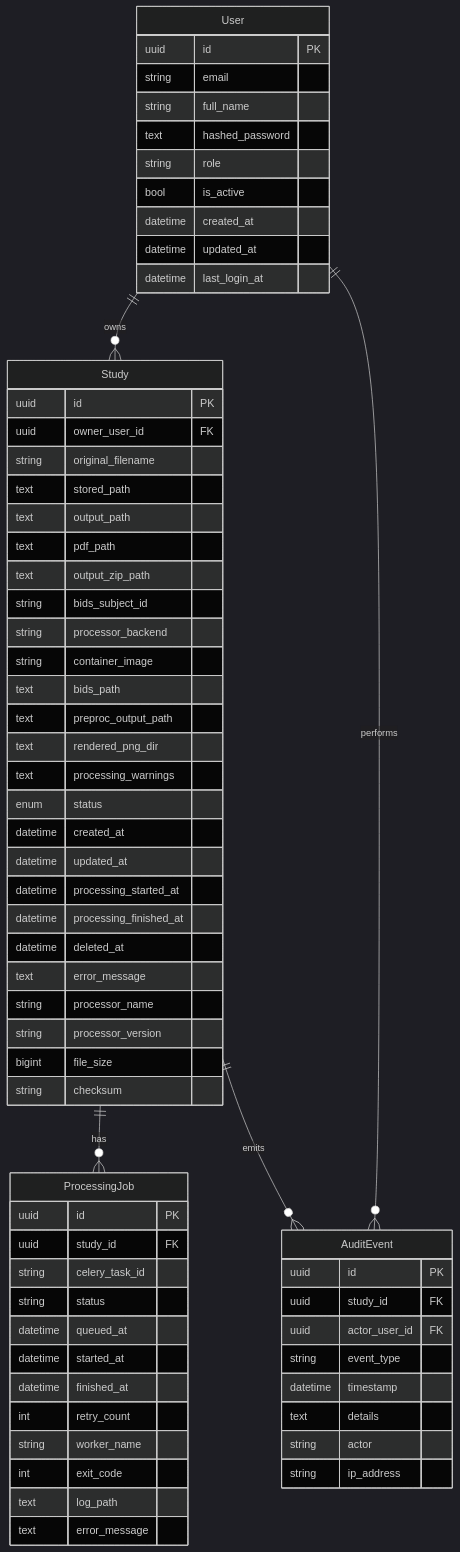
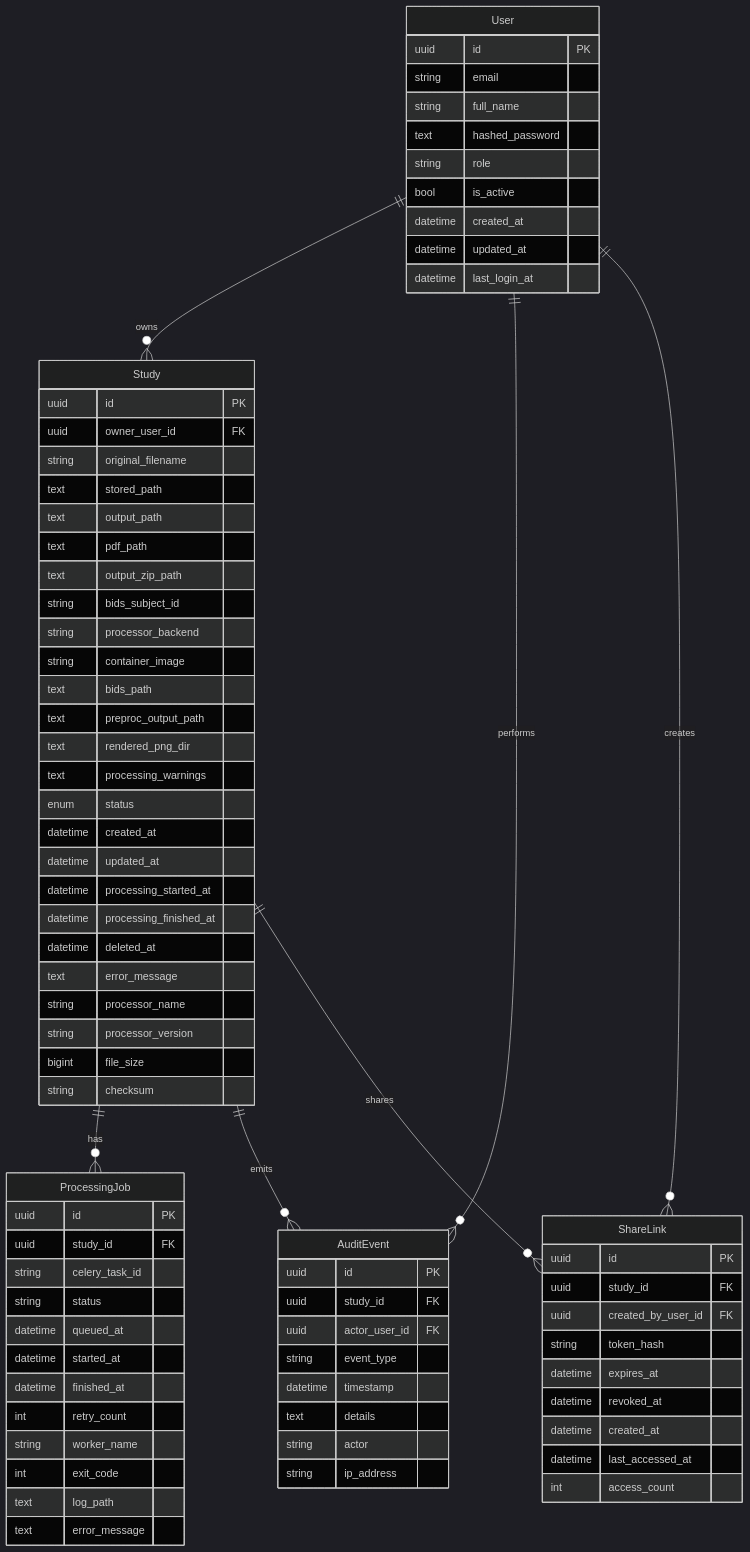
The second of 4 diagrams in docs/architecture.md (suhartx/neuroimagen-server-biocruces), drawn with Mermaid (dark theme) before and after one commit. The commit also changed other lines of this file and 21 other files, not shown here.

````diff
--- a/docs/architecture.md
+++ b/docs/architecture.md
@@ -61,69 +61,82 @@
 ```mermaid
 erDiagram
   User ||--o{ Study : owns
   User ||--o{ AuditEvent : performs
+  User ||--o{ ShareLink : creates
   Study ||--o{ ProcessingJob : has
   Study ||--o{ AuditEvent : emits
+  Study ||--o{ ShareLink : shares
   User {
     uuid id PK
     string email
     string full_name
     text hashed_password
     string role
     bool is_active
     datetime created_at
     datetime updated_at
     datetime last_login_at
   }
   Study {
     uuid id PK
     uuid owner_user_id FK
     string original_filename
     text stored_path
     text output_path
     text pdf_path
     text output_zip_path
     string bids_subject_id
     string processor_backend
     string container_image
     text bids_path
     text preproc_output_path
     text rendered_png_dir
     text processing_warnings
     enum status
     datetime created_at
     datetime updated_at
     datetime processing_started_at
     datetime processing_finished_at
     datetime deleted_at
     text error_message
     string processor_name
     string processor_version
     bigint file_size
     string checksum
   }
   ProcessingJob {
     uuid id PK
     uuid study_id FK
     string celery_task_id
     string status
     datetime queued_at
     datetime started_at
     datetime finished_at
     int retry_count
     string worker_name
     int exit_code
     text log_path
     text error_message
   }
   AuditEvent {
     uuid id PK
     uuid study_id FK
     uuid actor_user_id FK
     string event_type
     datetime timestamp
     text details
     string actor
     string ip_address
   }
+  ShareLink {
+    uuid id PK
+    uuid study_id FK
+    uuid created_by_user_id FK
+    string token_hash
+    datetime expires_at
+    datetime revoked_at
+    datetime created_at
+    datetime last_accessed_at
+    int access_count
+  }
 ```
````
